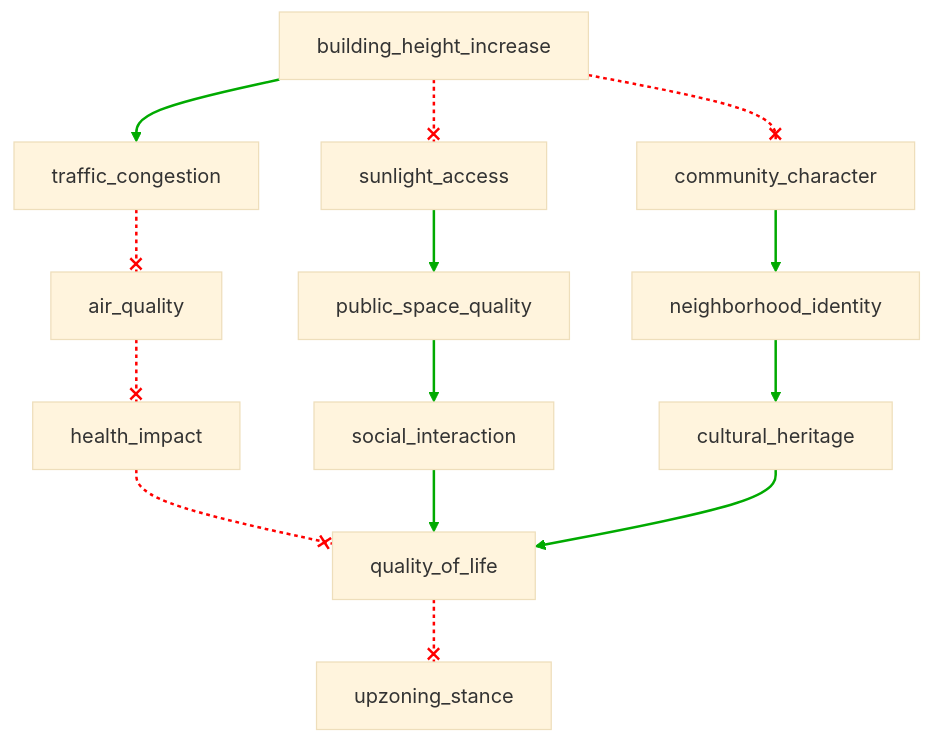
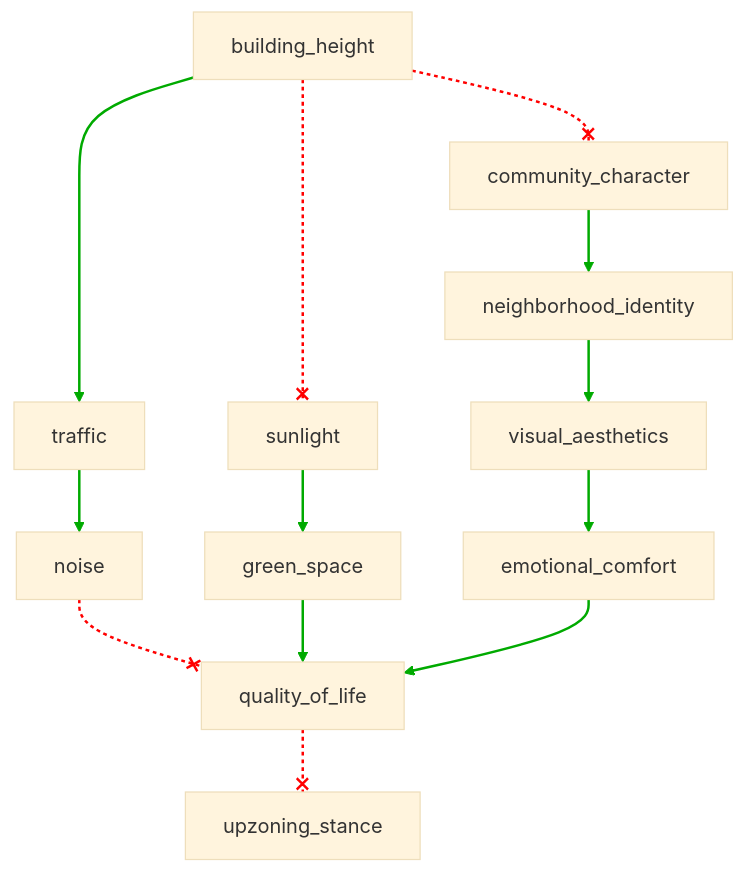
One commit to jajamoa/generative-minds changed the diagram in data/samples_scm/sample_1.mmd. Above: the diagram before and after it, drawn with Mermaid (base theme). The commit also changed 115 other files, not shown here.

````diff
--- a/data/samples_scm/sample_1.mmd
+++ b/data/samples_scm/sample_1.mmd
@@ -1,43 +1,38 @@
 ```mermaid
 flowchart TD
-    n1[building_height_increase]
-    n2[traffic_congestion]
-    n3[sunlight_access]
-    n4[community_character]
-    n5[air_quality]
-    n6[public_space_quality]
-    n7[neighborhood_identity]
-    n8[health_impact]
-    n9[social_interaction]
-    n10[cultural_heritage]
-    n11[quality_of_life]
-    n12[upzoning_stance]
-    
-    n1 --> n2
-    n1 --x n3
-    n1 --x n4
-    n2 --x n5
-    n3 --> n6
-    n4 --> n7
-    n5 --x n8
-    n6 --> n9
-    n7 --> n10
-    n8 --x n11
-    n9 --> n11
-    n10 --> n11
-    n11 --x n12
-    
-    linkStyle 0 stroke:#00AA00,stroke-width:2px
-    linkStyle 1 stroke:#FF0000,stroke-dasharray:3,stroke-width:2px
-    linkStyle 2 stroke:#FF0000,stroke-dasharray:3,stroke-width:2px
-    linkStyle 3 stroke:#FF0000,stroke-dasharray:3,stroke-width:2px
-    linkStyle 4 stroke:#00AA00,stroke-width:2px
-    linkStyle 5 stroke:#00AA00,stroke-width:2px
-    linkStyle 6 stroke:#FF0000,stroke-dasharray:3,stroke-width:2px
-    linkStyle 7 stroke:#00AA00,stroke-width:2px
-    linkStyle 8 stroke:#00AA00,stroke-width:2px
-    linkStyle 9 stroke:#FF0000,stroke-dasharray:3,stroke-width:2px
-    linkStyle 10 stroke:#00AA00,stroke-width:2px
-    linkStyle 11 stroke:#00AA00,stroke-width:2px
-    linkStyle 12 stroke:#FF0000,stroke-dasharray:3,stroke-width:2px
-``` 
+n1[building_height]
+n2[traffic]
+n3[sunlight]
+n4[community_character]
+n5[noise]
+n6[green_space]
+n7[neighborhood_identity]
+n8[visual_aesthetics]
+n9[emotional_comfort]
+n10[quality_of_life]
+n11[upzoning_stance]
+n1 --> n2
+n1 --x n3
+n1 --x n4
+n2 --> n5
+n3 --> n6
+n4 --> n7
+n5 --x n10
+n6 --> n10
+n7 --> n8
+n8 --> n9
+n9 --> n10
+n10 --x n11
+linkStyle 0 stroke:#00AA00,stroke-width:2px
+linkStyle 1 stroke:#FF0000,stroke-dasharray:3,stroke-width:2px
+linkStyle 2 stroke:#FF0000,stroke-dasharray:3,stroke-width:2px
+linkStyle 3 stroke:#00AA00,stroke-width:2px
+linkStyle 4 stroke:#00AA00,stroke-width:2px
+linkStyle 5 stroke:#00AA00,stroke-width:2px
+linkStyle 6 stroke:#FF0000,stroke-dasharray:3,stroke-width:2px
+linkStyle 7 stroke:#00AA00,stroke-width:2px
+linkStyle 8 stroke:#00AA00,stroke-width:2px
+linkStyle 9 stroke:#00AA00,stroke-width:2px
+linkStyle 10 stroke:#00AA00,stroke-width:2px
+linkStyle 11 stroke:#FF0000,stroke-dasharray:3,stroke-width:2px
+```
````
